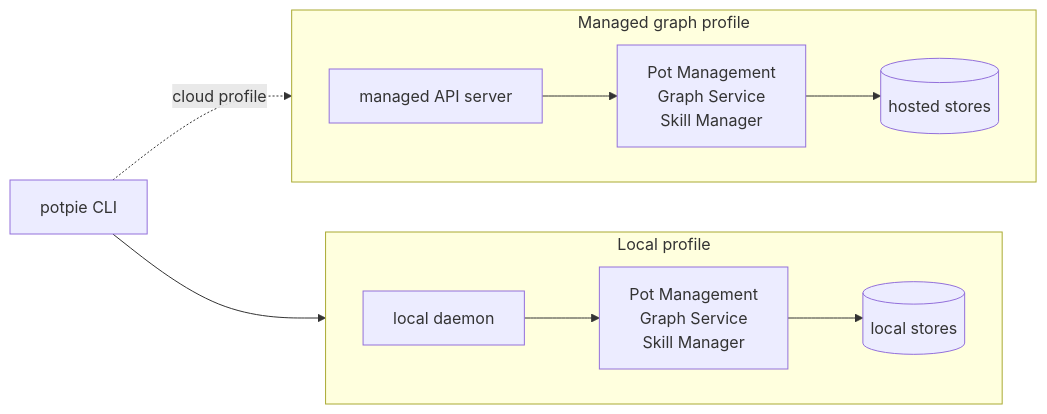
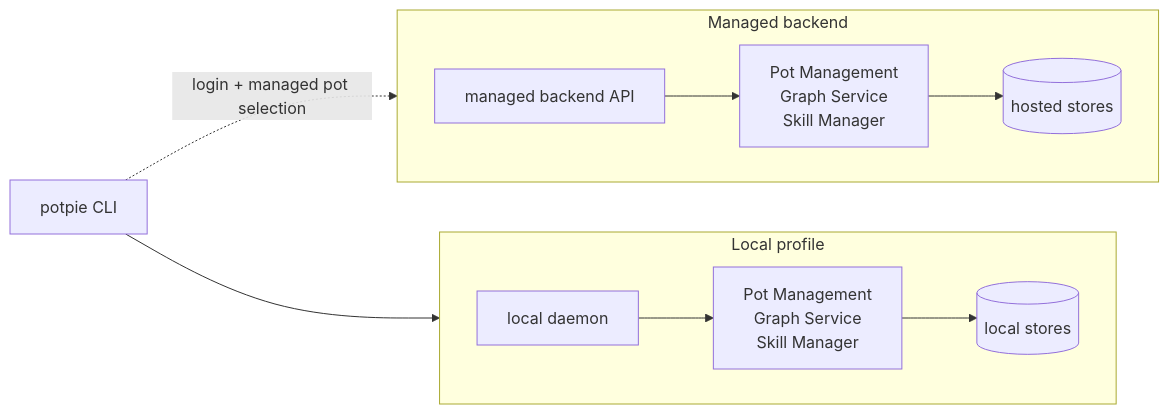
Before and after one commit to potpie-ai/potpie: the second of 12 diagrams in docs/context-graph/architecture.md, drawn with Mermaid. The commit also changed other lines of this file and 138 other files, not shown here.

````diff
--- a/docs/context-graph/architecture.md
+++ b/docs/context-graph/architecture.md
@@ -53,23 +54,23 @@
 ```mermaid
 flowchart LR
   cg_entry["potpie CLI"]
 
   subgraph cg_local_profile["Local profile"]
     direction LR
     cg_local_daemon["local daemon"]
     cg_local_services["Pot Management<br/>Graph Service<br/>Skill Manager"]
     cg_local_storage[("local stores")]
     cg_local_daemon --> cg_local_services --> cg_local_storage
   end
 
-  subgraph cg_managed_profile["Managed graph profile"]
+  subgraph cg_managed_profile["Managed backend"]
     direction LR
-    cg_managed_api["managed API server"]
+    cg_managed_api["managed backend API"]
     cg_managed_services["Pot Management<br/>Graph Service<br/>Skill Manager"]
     cg_managed_storage[("hosted stores")]
     cg_managed_api --> cg_managed_services --> cg_managed_storage
   end
 
   cg_entry --> cg_local_daemon
-  cg_entry -. "cloud profile" .-> cg_managed_api
+  cg_entry -. "login + managed pot selection" .-> cg_managed_api
 ```
````
